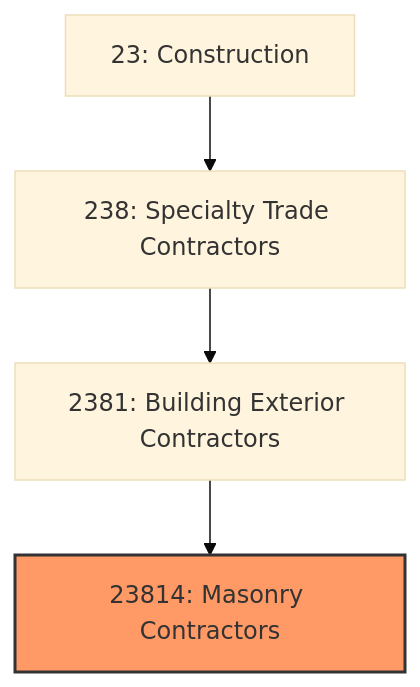
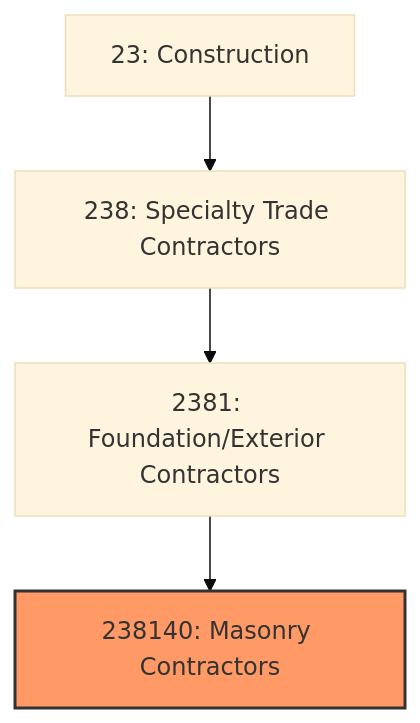
Before and after one commit to kziemski/business.org.ai: the first of 3 diagrams in industries/Construction/SpecialtyTradeContractors/BuildingExteriorContractors/MasonryContractors.mdx, drawn with Mermaid (base theme). The commit also changed other lines of this file and 20 other files, not shown here.

````diff
--- a/industries/Construction/SpecialtyTradeContractors/BuildingExteriorContractors/MasonryContractors.mdx
+++ b/industries/Construction/SpecialtyTradeContractors/BuildingExteriorContractors/MasonryContractors.mdx
@@ -20,8 +36,8 @@
 ```mermaid
 graph TD
     S23["23: Construction"]
     S23 --> N238["238: Specialty Trade Contractors"]
-    N238 --> N2381["2381: Building Exterior Contractors"]
-    N2381 --> N23814["23814: Masonry Contractors"]
-    style N23814 fill:#f96,stroke:#333,stroke-width:2px
+    N238 --> N2381["2381: Foundation/Exterior Contractors"]
+    N2381 --> N238140["238140: Masonry Contractors"]
+    style N238140 fill:#f96,stroke:#333,stroke-width:2px
 ```
````
